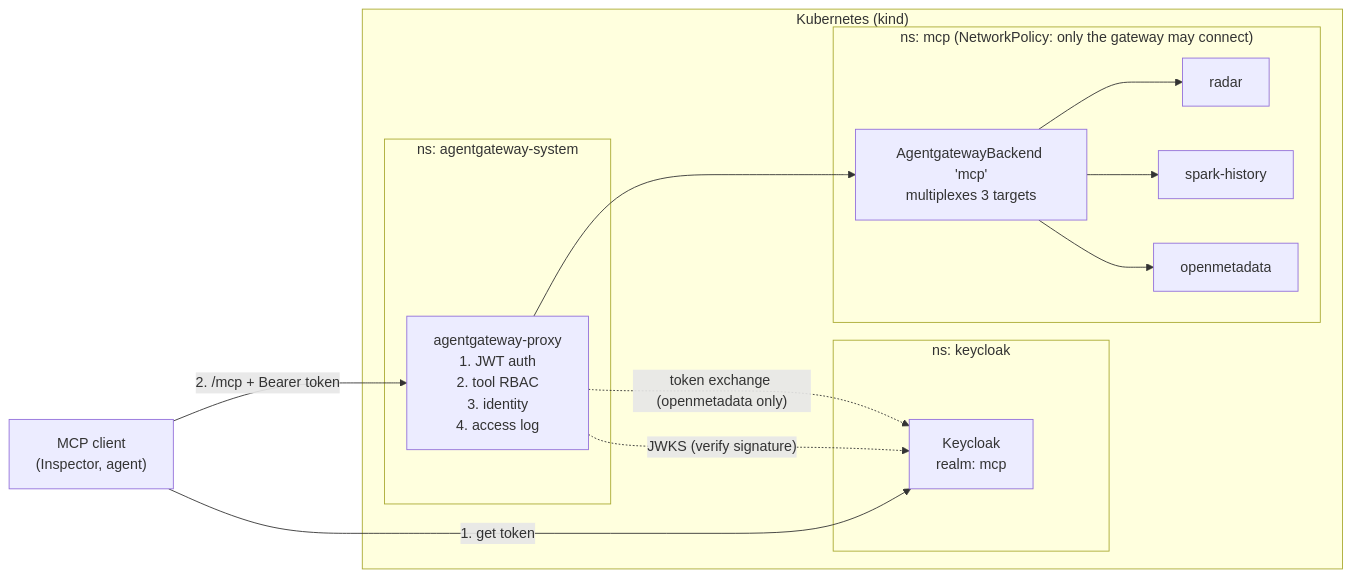
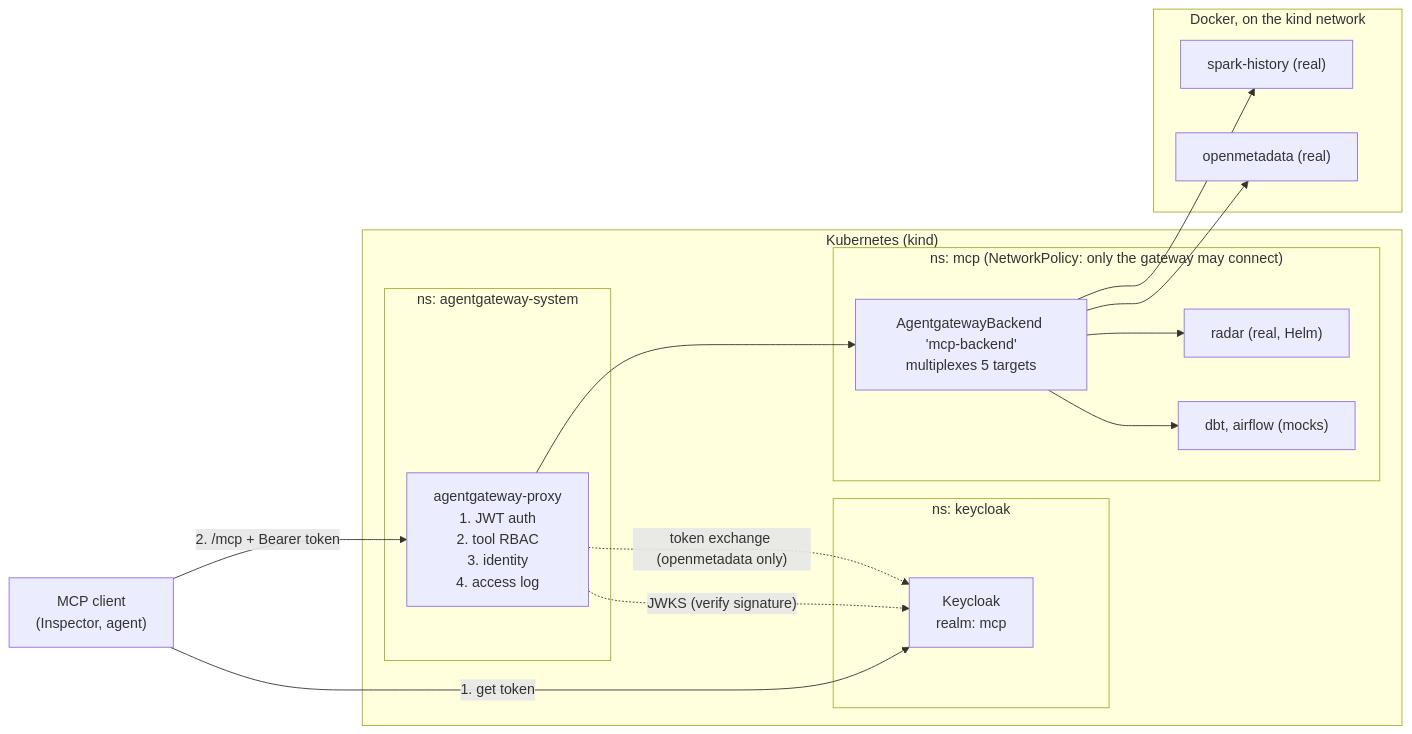
One commit to QuanVongHuu/MCP-gateway-rbac changed the first of 2 diagrams in README.md. Above: the diagram before and after it, drawn with Mermaid. The commit also changed other lines of this file and 3 other files, not shown here.

````diff
--- a/README.md
+++ b/README.md
@@ -74,30 +40,35 @@
 ```mermaid
 flowchart LR
     client["MCP client<br/>(Inspector, agent)"]
 
     subgraph k8s["Kubernetes (kind)"]
         subgraph kc["ns: keycloak"]
             keycloak["Keycloak<br/>realm: mcp"]
         end
 
         subgraph gw["ns: agentgateway-system"]
             proxy["agentgateway-proxy<br/>1. JWT auth<br/>2. tool RBAC<br/>3. identity<br/>4. access log"]
         end
 
         subgraph mcp["ns: mcp (NetworkPolicy: only the gateway may connect)"]
-            backend["AgentgatewayBackend 'mcp'<br/>multiplexes 3 targets"]
-            radar["radar"]
-            spark["spark-history"]
-            om["openmetadata"]
+            backend["AgentgatewayBackend 'mcp-backend'<br/>multiplexes 5 targets"]
+            radar["radar (real, Helm)"]
+            mocks["dbt, airflow (mocks)"]
         end
+    end
+
+    subgraph docker["Docker, on the kind network"]
+        spark["spark-history (real)"]
+        om["openmetadata (real)"]
     end
 
     client -- "1. get token" --> keycloak
     client -- "2. /mcp + Bearer token" --> proxy
     proxy -. "JWKS (verify signature)" .-> keycloak
     proxy --> backend
     backend --> radar
+    backend --> mocks
     backend --> spark
     backend --> om
     proxy -. "token exchange (openmetadata only)" .-> keycloak
 ```
````
